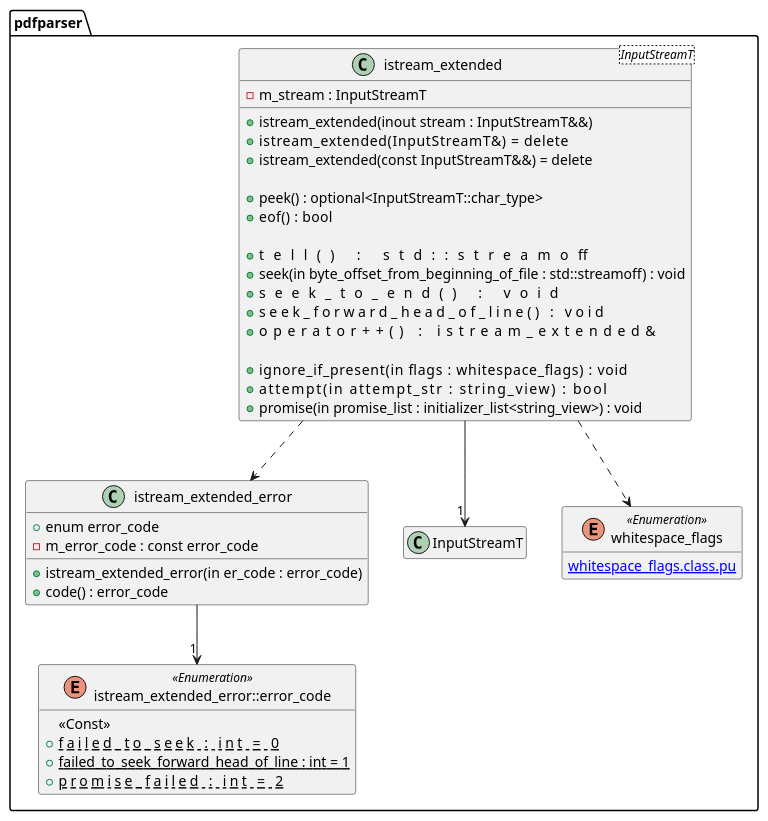
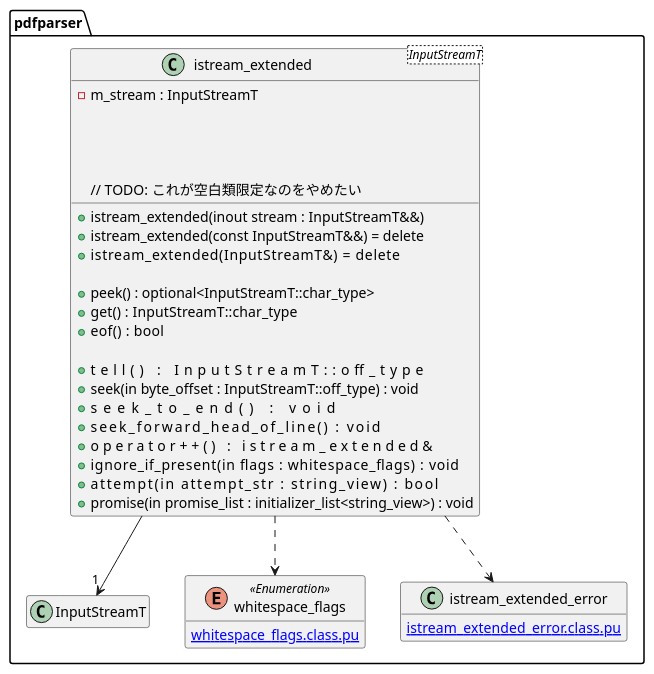
The diagram in document/istream_extended.class.pu (KodaiYM/PDFReader), drawn with PlantUML before and after one commit. The commit also changed 2 other files, not shown here.

Commit message:
istream_extended の仕様の変更/追加

```diff
--- a/document/istream_extended.class.pu
+++ b/document/istream_extended.class.pu
@@ -1,47 +1,37 @@
 @startuml stream_parser
 hide empty members
 namespace pdfparser {
-enum istream_extended_error::error_code <<Enumeration>> {
-	<<Const>>
-	+{static} failed_to_seek                      : int = 0
-	+{static} failed_to_seek_forward_head_of_line : int = 1
-	+{static} promise_failed                      : int = 2
-}
-class istream_extended_error {
-	+enum error_code
-	-m_error_code : const error_code
-
-	+istream_extended_error(in er_code : error_code)
-	+code() : error_code
-}
-istream_extended_error --> "1" istream_extended_error::error_code
-
 class istream_extended<InputStreamT> {
 	-m_stream : InputStreamT
 
 	+istream_extended(inout stream : InputStreamT&&)
+	+istream_extended(const InputStreamT&&) = delete
 	+istream_extended(InputStreamT&)        = delete
-	+istream_extended(const InputStreamT&&) = delete
 
 	+peek() : optional<InputStreamT::char_type>
+	+get()  : InputStreamT::char_type
 	+eof()  : bool
 
-	+tell()                                                       : std::streamoff
-	+seek(in byte_offset_from_beginning_of_file : std::streamoff) : void
-	+seek_to_end()                                                : void
-	+seek_forward_head_of_line()                                  : void
-	+operator++()                                                 : istream_extended&
+	+tell()                                        : InputStreamT::off_type
+	+seek(in byte_offset : InputStreamT::off_type) : void
+	+seek_to_end()                                 : void
+	+seek_forward_head_of_line()                   : void
+	+operator++()                                  : istream_extended&
 
+	// TODO: これが空白類限定なのをやめたい
 	+ignore_if_present(in flags : whitespace_flags)           : void
 	+attempt(in attempt_str : string_view)                    : bool
 	+promise(in promise_list : initializer_list<string_view>) : void
 }
 istream_extended --> "1" InputStreamT
 istream_extended ..> whitespace_flags
 istream_extended ..> istream_extended_error
 
 enum whitespace_flags <<Enumeration>> {
 	[[whitespace_flags.class.pu]]
 }
+class istream_extended_error {
+	[[istream_extended_error.class.pu]]
+}
 }
 @enduml
```
